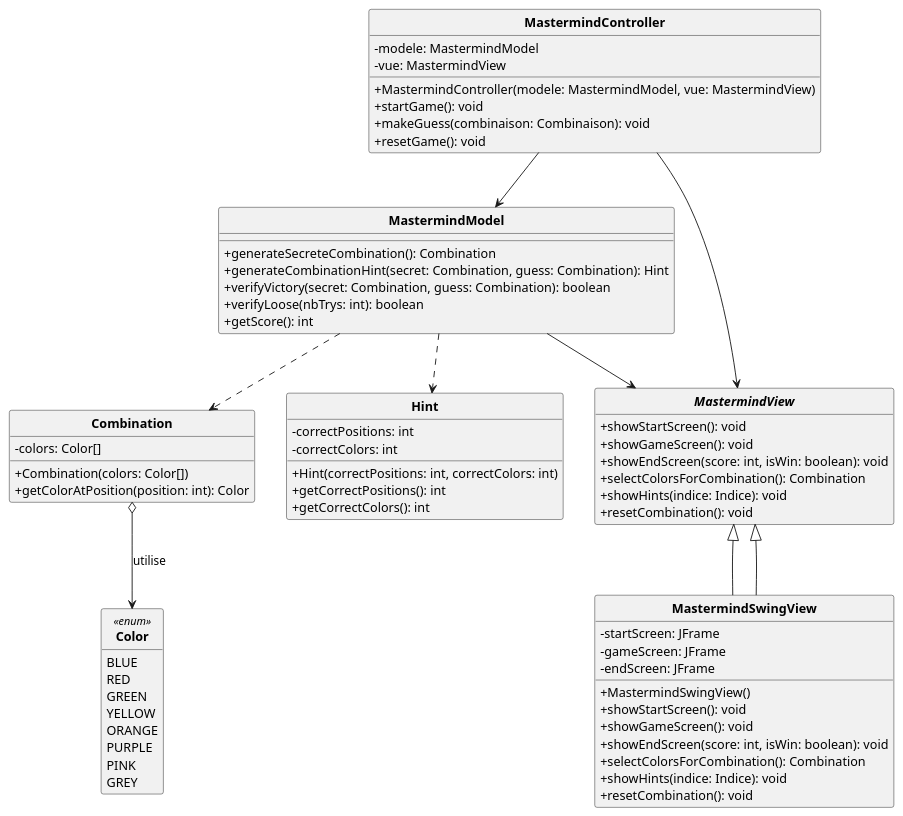
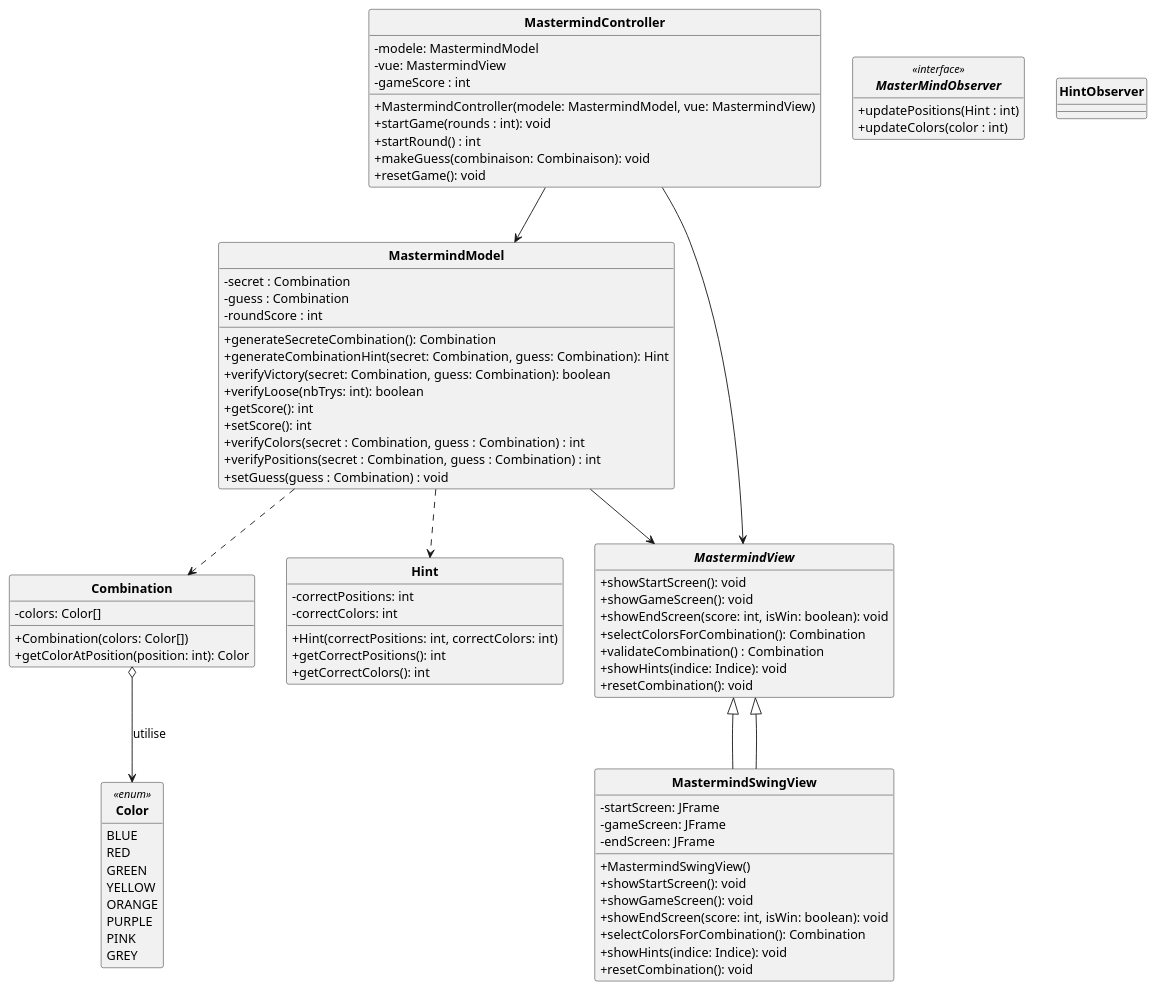
One commit to Taijin4/Mastermind changed the diagram in DCC.puml. Above: the diagram before and after it, drawn with PlantUML.

Commit message:
Mise a jour du DCC.puml

```diff
--- a/DCC.puml
+++ b/DCC.puml
@@ -1,81 +1,101 @@
 @startuml
 
 skinparam style strictuml
 skinparam classAttributeIconSize 0
 skinparam classFontStyle Bold
 hide enum methods
 hide interface attributes
 
 class MastermindModel {
+    - secret : Combination
+    - guess : Combination
+    - roundScore : int
     + generateSecreteCombination(): Combination
     + generateCombinationHint(secret: Combination, guess: Combination): Hint
     + verifyVictory(secret: Combination, guess: Combination): boolean
     + verifyLoose(nbTrys: int): boolean
     + getScore(): int
+    + setScore(): int
+    + verifyColors(secret : Combination, guess : Combination) : int
+    + verifyPositions(secret : Combination, guess : Combination) : int
+    + setGuess(guess : Combination) : void
 }
 
 class Combination {
     - colors: Color[]
     + Combination(colors: Color[])
     + getColorAtPosition(position: int): Color
+}
+
+interface MasterMindObserver <<interface>>{
+    + updatePositions(Hint : int)
+    + updateColors(color : int)
+    +
 }
 
 enum Color <<enum>>{
     BLUE
     RED
     GREEN
     YELLOW
     ORANGE
     PURPLE
     PINK
     GREY
+}
+
+class HintObserver{
+
 }
 
 class Hint {
     - correctPositions: int
     - correctColors: int
     + Hint(correctPositions: int, correctColors: int)
     + getCorrectPositions(): int
     + getCorrectColors(): int
 }
 
 interface MastermindView {
     + showStartScreen(): void
     + showGameScreen(): void
     + showEndScreen(score: int, isWin: boolean): void
     + selectColorsForCombination(): Combination
+    + validateCombination() : Combination
     + showHints(indice: Indice): void
     + resetCombination(): void
 }
 
 class MastermindSwingView extends MastermindView{
     - startScreen: JFrame
     - gameScreen: JFrame
     - endScreen: JFrame
     + MastermindSwingView()
     + showStartScreen(): void
     + showGameScreen(): void
     + showEndScreen(score: int, isWin: boolean): void
     + selectColorsForCombination(): Combination
     + showHints(indice: Indice): void
     + resetCombination(): void
 }
 
 class MastermindController {
     - modele: MastermindModel
     - vue: MastermindView
+    - gameScore : int
     + MastermindController(modele: MastermindModel, vue: MastermindView)
-    + startGame(): void
+    + startGame(rounds : int): void
+    + startRound() : int
     + makeGuess(combinaison: Combinaison): void
     + resetGame(): void
 }
 
 MastermindModel ..> Combination
 MastermindModel ..> Hint
 MastermindModel --> MastermindView
 MastermindView <|-- MastermindSwingView
 MastermindController --> MastermindModel
 MastermindController --> MastermindView
 Combination o--> Color : utilise
 
 @enduml
```
